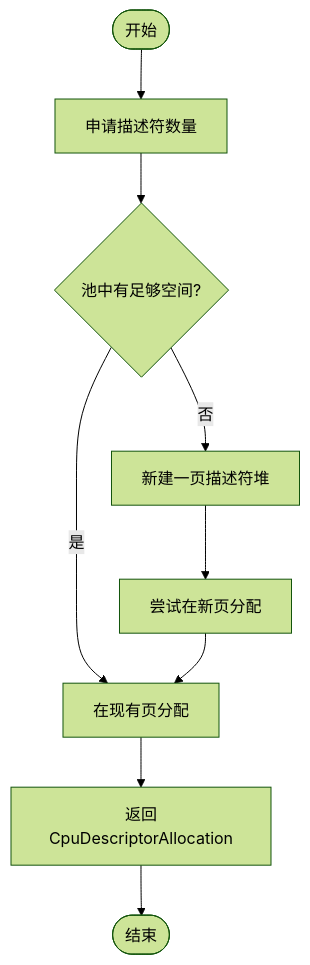
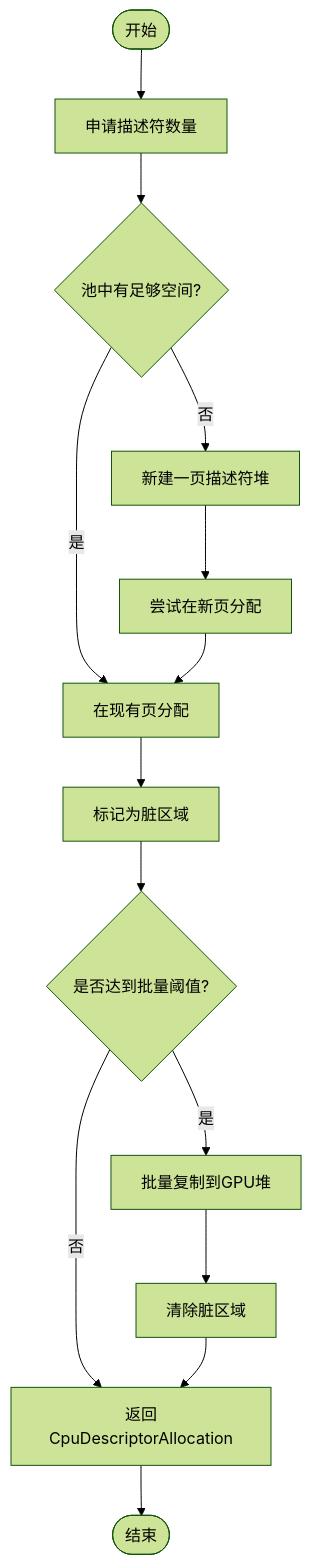
Before and after one commit to haolange/SharpGPU: the fourth of 10 diagrams in .qoder/repowiki/zh/content/后端实现/DirectX 12 后端.md, drawn with Mermaid (forest theme). The commit also changed other lines of this file and 4 other files, not shown here.

````diff
--- a/.qoder/repowiki/zh/content/后端实现/DirectX 12 后端.md
+++ b/.qoder/repowiki/zh/content/后端实现/DirectX 12 后端.md
@@ -168,11 +209,16 @@
 ```mermaid
 flowchart TD
 Start(["开始"]) --> Alloc["申请描述符数量"]
 Alloc --> Pool{"池中有足够空间?"}
 Pool -- 否 --> NewPage["新建一页描述符堆"]
 NewPage --> TryAlloc["尝试在新页分配"]
 Pool -- 是 --> UsePage["在现有页分配"]
 TryAlloc --> UsePage
-UsePage --> Return["返回CpuDescriptorAllocation"]
+UsePage --> Track["标记为脏区域"]
+Track --> Batch{"是否达到批量阈值?"}
+Batch -- 否 --> Return["返回CpuDescriptorAllocation"]
+Batch -- 是 --> Copy["批量复制到GPU堆"]
+Copy --> Clear["清除脏区域"]
+Clear --> Return
 Return --> End(["结束"])
 ```
````
